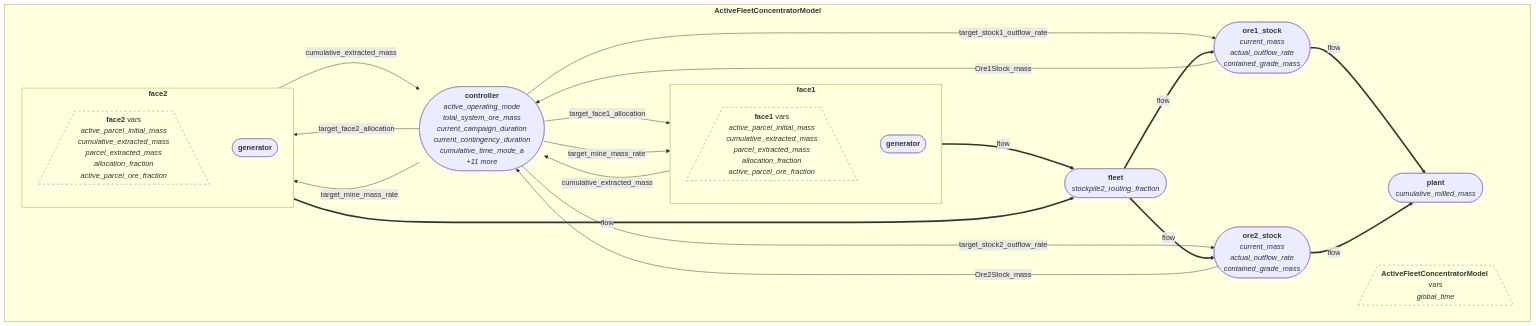
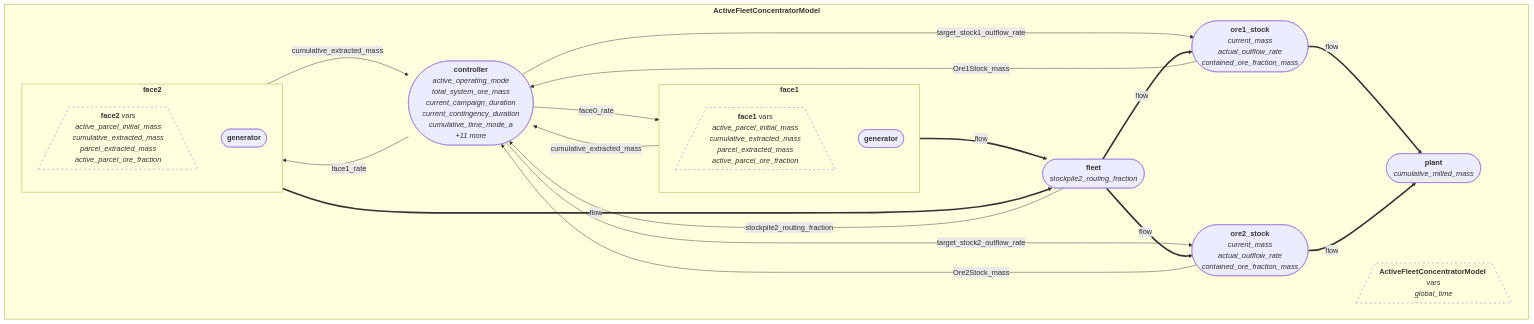
The diagram in Concentrator_Module_Graph.md (pirateJiang/mining-drs), drawn with Mermaid before and after one commit. The commit also changed other lines of this file and 6 other files, not shown here.

````diff
--- a/Concentrator_Module_Graph.md
+++ b/Concentrator_Module_Graph.md
@@ -22,38 +22,37 @@
 ```mermaid
 flowchart TD
 subgraph root["<b>ActiveFleetConcentratorModel</b>"]
     root_vars[/"<b>ActiveFleetConcentratorModel</b> vars<br><i>global_time</i>"\]
     style root_vars fill:transparent,stroke-dasharray: 5 5
     subgraph face1["<b>face1</b>"]
-        face1_vars[/"<b>face1</b> vars<br><i>active_parcel_initial_mass</i><br><i>cumulative_extracted_mass</i><br><i>parcel_extracted_mass</i><br><i>allocation_fraction</i><br><i>active_parcel_ore_fraction</i>"\]
+        face1_vars[/"<b>face1</b> vars<br><i>active_parcel_initial_mass</i><br><i>cumulative_extracted_mass</i><br><i>parcel_extracted_mass</i><br><i>active_parcel_ore_fraction</i>"\]
         style face1_vars fill:transparent,stroke-dasharray: 5 5
         face1_generator(["<b>generator</b>"])
     end
     subgraph face2["<b>face2</b>"]
-        face2_vars[/"<b>face2</b> vars<br><i>active_parcel_initial_mass</i><br><i>cumulative_extracted_mass</i><br><i>parcel_extracted_mass</i><br><i>allocation_fraction</i><br><i>active_parcel_ore_fraction</i>"\]
+        face2_vars[/"<b>face2</b> vars<br><i>active_parcel_initial_mass</i><br><i>cumulative_extracted_mass</i><br><i>parcel_extracted_mass</i><br><i>active_parcel_ore_fraction</i>"\]
         style face2_vars fill:transparent,stroke-dasharray: 5 5
         face2_generator(["<b>generator</b>"])
     end
     fleet(["<b>fleet</b><br><i>stockpile2_routing_fraction</i>"])
-    ore1_stock(["<b>ore1_stock</b><br><i>current_mass</i><br><i>actual_outflow_rate</i><br><i>contained_grade_mass</i>"])
-    ore2_stock(["<b>ore2_stock</b><br><i>current_mass</i><br><i>actual_outflow_rate</i><br><i>contained_grade_mass</i>"])
+    ore1_stock(["<b>ore1_stock</b><br><i>current_mass</i><br><i>actual_outflow_rate</i><br><i>contained_ore_fraction_mass</i>"])
+    ore2_stock(["<b>ore2_stock</b><br><i>current_mass</i><br><i>actual_outflow_rate</i><br><i>contained_ore_fraction_mass</i>"])
     plant(["<b>plant</b><br><i>cumulative_milled_mass</i>"])
     controller(["<b>controller</b><br><i>active_operating_mode</i><br><i>total_system_ore_mass</i><br><i>current_campaign_duration</i><br><i>current_contingency_duration</i><br><i>cumulative_time_mode_a</i><br><i>+11 more</i>"])
 end
-    controller -->|target_face1_allocation| face1
-    controller -->|target_mine_mass_rate| face1
-    controller -->|target_face2_allocation| face2
-    controller -->|target_mine_mass_rate| face2
+    controller -->|face0_rate| face1
+    controller -->|face1_rate| face2
     controller -->|target_stock1_outflow_rate| ore1_stock
     controller -->|target_stock2_outflow_rate| ore2_stock
     face1 -->|cumulative_extracted_mass| controller
     face2 -->|cumulative_extracted_mass| controller
     ore1_stock -->|Ore1Stock_mass| controller
     ore2_stock -->|Ore2Stock_mass| controller
+    fleet -->|stockpile2_routing_fraction| controller
     face1 ==>|flow| fleet
     face2 ==>|flow| fleet
     fleet ==>|flow| ore1_stock
     fleet ==>|flow| ore2_stock
     ore1_stock ==>|flow| plant
     ore2_stock ==>|flow| plant
 ```
````
